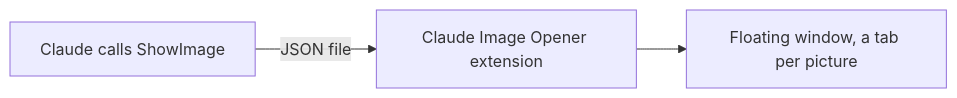
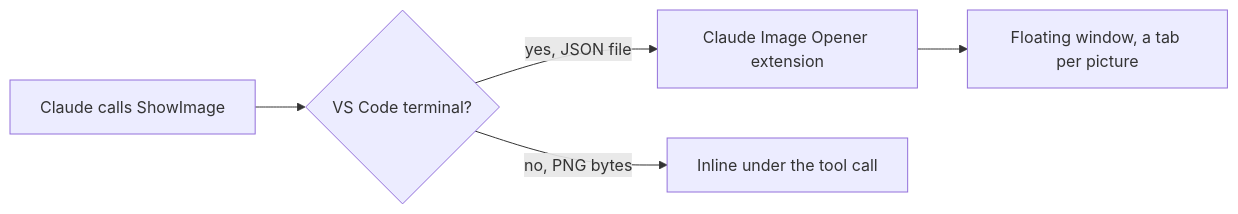
The diagram in vscode-images/README.md (andytw366/claude-mods), drawn with Mermaid before and after one commit. The commit also changed other lines of this file and 7 other files, not shown here.

First line of the commit message:
vscode-images: draw pictures inline outside VS Code

````diff
--- a/vscode-images/README.md
+++ b/vscode-images/README.md
@@ -5,5 +8,7 @@
 ```mermaid
 flowchart LR
-  A[Claude calls ShowImage] -->|JSON file| B[Claude Image Opener extension]
+  A[Claude calls ShowImage] --> V{VS Code terminal?}
+  V -->|yes, JSON file| B[Claude Image Opener extension]
   B --> C[Floating window, a tab per picture]
+  V -->|no, PNG bytes| D[Inline under the tool call]
 ```
````
